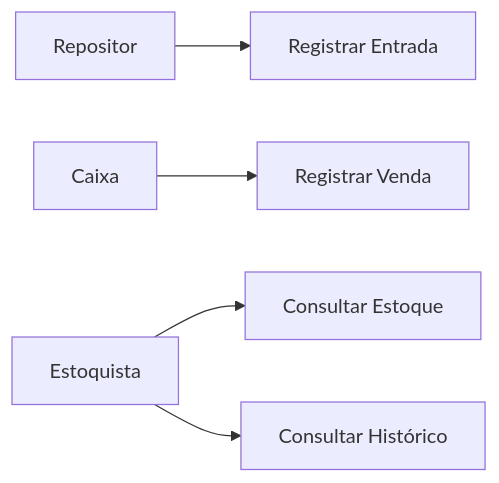
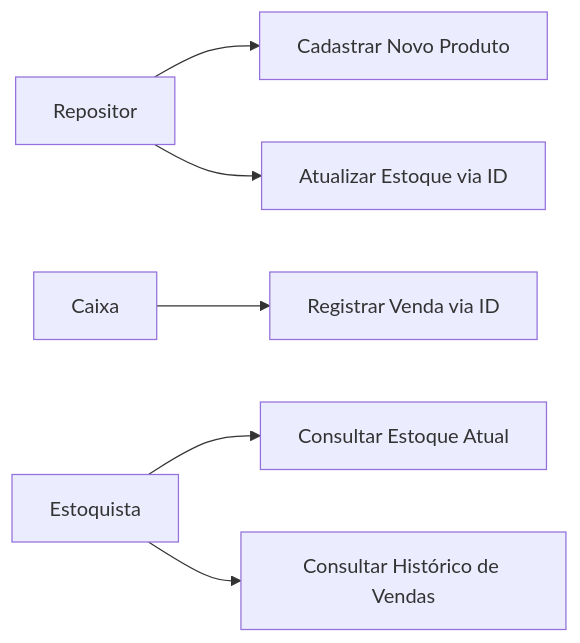
One commit to edxzyluksz/Desenvolvimento-de-Sistemas changed the second of 6 diagrams in 2026/3o-termo/programacao-front-end/demonstracoes/poo/sa-projeto-gerenciamento/README.md. Above: the diagram before and after it, drawn with Mermaid. The commit also changed other lines of this file and 7 other files, not shown here.

````diff
--- a/2026/3o-termo/programacao-front-end/demonstracoes/poo/sa-projeto-gerenciamento/README.md
+++ b/2026/3o-termo/programacao-front-end/demonstracoes/poo/sa-projeto-gerenciamento/README.md
@@ -262,7 +213,8 @@
 ```mermaid
 flowchart LR
-    Repositor --> UC1[Registrar Entrada]
-    Caixa --> UC2[Registrar Venda]
-    Estoquista --> UC3[Consultar Estoque]
-    Estoquista --> UC4[Consultar Histórico]
+    Repositor --> UC1[Cadastrar Novo Produto]
+    Repositor --> UC2[Atualizar Estoque via ID]
+    Caixa --> UC3[Registrar Venda via ID]
+    Estoquista --> UC4[Consultar Estoque Atual]
+    Estoquista --> UC5[Consultar Histórico de Vendas]
 ```
````
